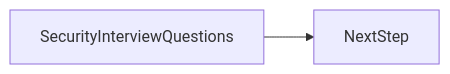
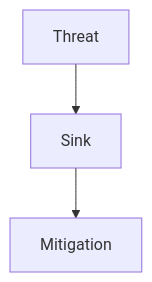
One commit to OmidJavaherii/Frontend-Engineering-Handbook changed the second of 3 diagrams in docs/en/24-interview-preparation/security-interview-questions/index.md. Above: the diagram before and after it, drawn with Mermaid. The commit also changed other lines of this file and 461 other files, not shown here.

````diff
--- a/docs/en/24-interview-preparation/security-interview-questions/index.md
+++ b/docs/en/24-interview-preparation/security-interview-questions/index.md
@@ -95,4 +120,5 @@
 ```mermaid
-flowchart LR
-  concept[SecurityInterviewQuestions] --> nextStep[NextStep]
+flowchart TD
+  n0[Threat] --> n1[Sink]
+  n1[Sink] --> n2[Mitigation]
 ```
````
